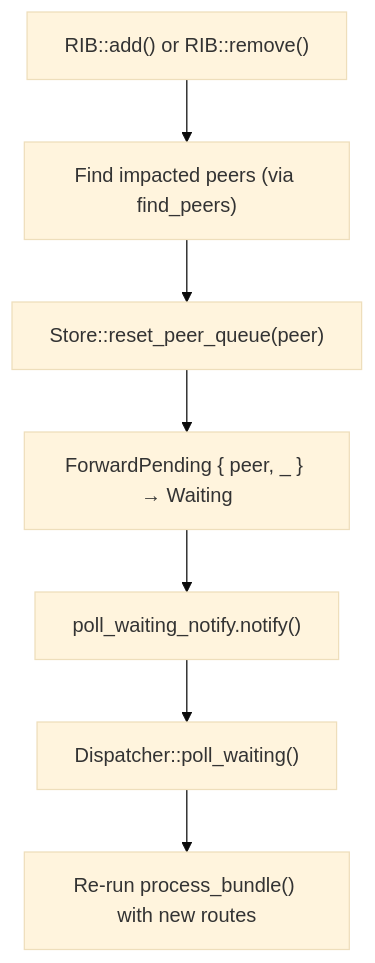
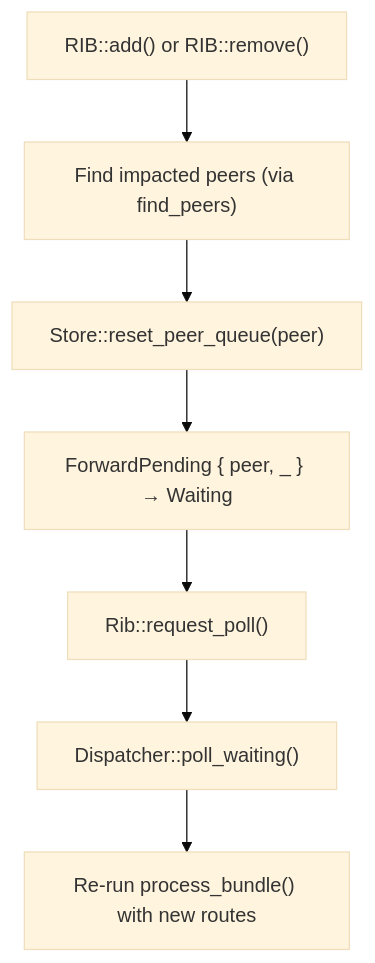
The first of 2 diagrams in bpa/docs/routing_subsystem_design.md (ricktaylor/hardy), drawn with Mermaid (base theme) before and after one commit. The commit also changed other lines of this file and 3 other files, not shown here.

````diff
--- a/bpa/docs/routing_subsystem_design.md
+++ b/bpa/docs/routing_subsystem_design.md
@@ -265,9 +265,9 @@
 ```mermaid
 flowchart TD
     A["RIB::add() or RIB::remove()"] --> B["Find impacted peers (via find_peers)"]
     B --> C["Store::reset_peer_queue(peer)"]
     C --> D["ForwardPending { peer, _ } → Waiting"]
-    D --> E["poll_waiting_notify.notify()"]
+    D --> E["Rib::request_poll()"]
     E --> F["Dispatcher::poll_waiting()"]
     F --> G["Re-run process_bundle() with new routes"]
 ```
````
